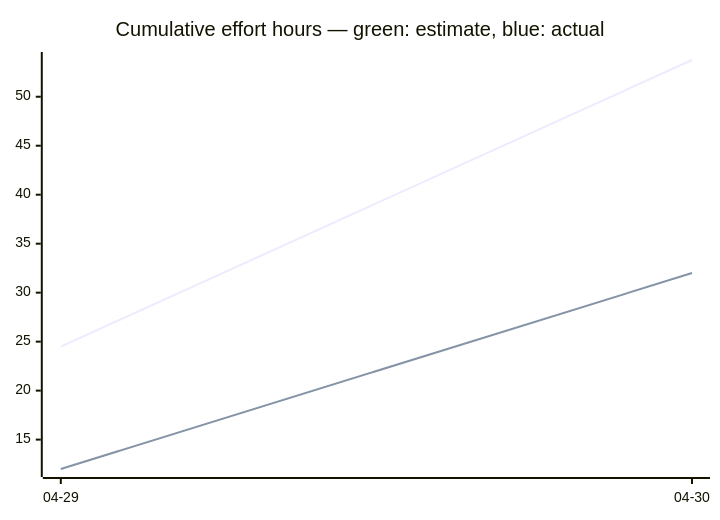
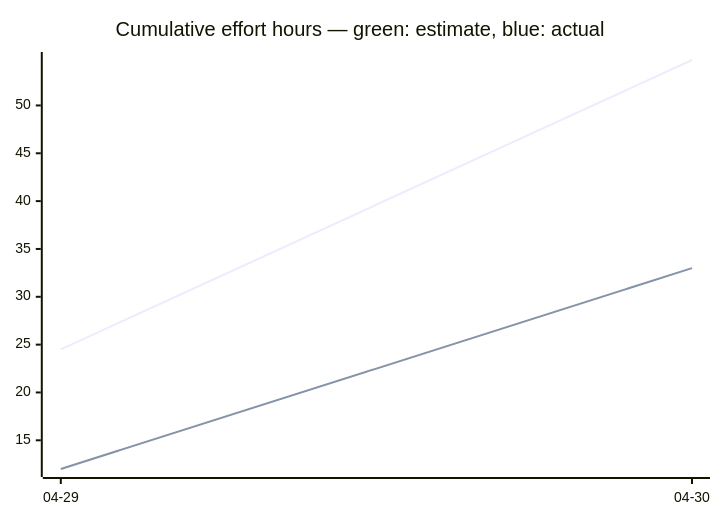
One commit to tgd1975/AwesomeStudioPedal changed the third of 3 diagrams in docs/developers/tasks/OVERVIEW.md. Above: the diagram before and after it, drawn with Mermaid. The commit also changed other lines of this file and 4 other files, not shown here.

````diff
--- a/docs/developers/tasks/OVERVIEW.md
+++ b/docs/developers/tasks/OVERVIEW.md
@@ -38,7 +38,7 @@
 ```mermaid
 xychart-beta
     title "Cumulative effort hours — green: estimate, blue: actual"
     x-axis ["04-29", "04-30"]
-    line [24.5, 53.75]
-    line [12, 32]
+    line [24.5, 54.75]
+    line [12, 33]
 ```
````
